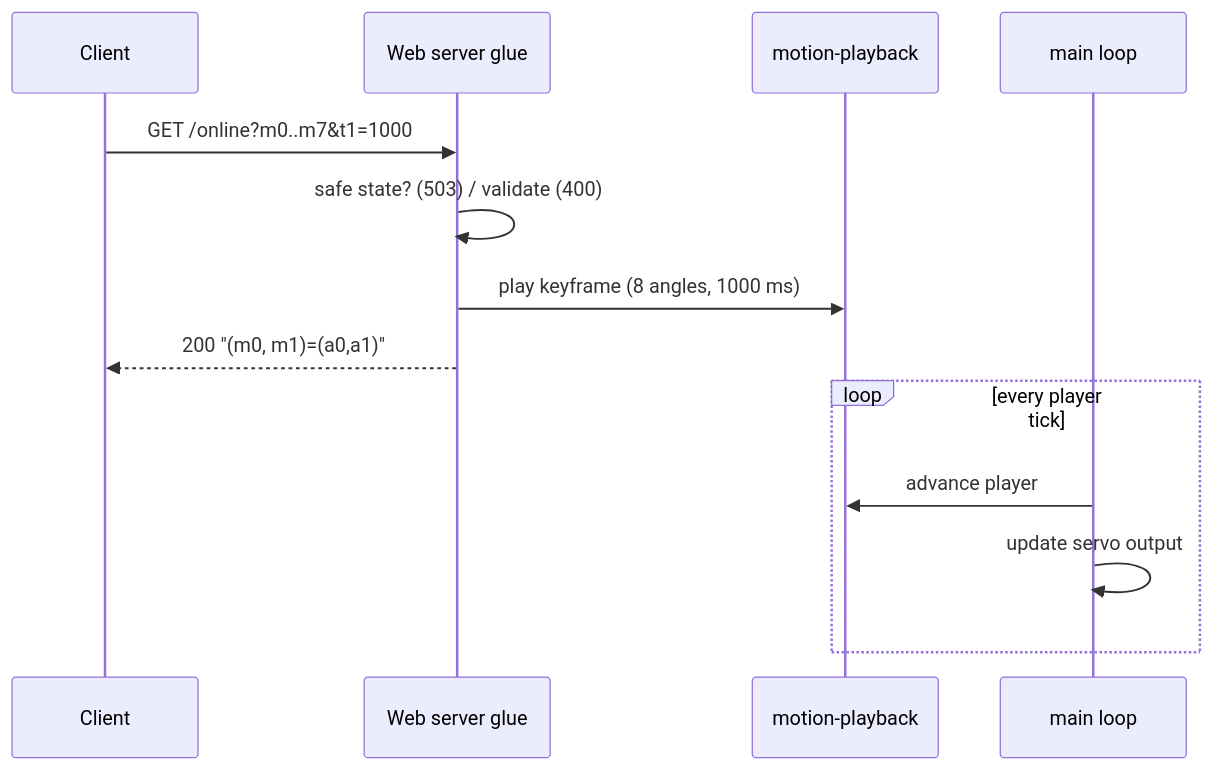
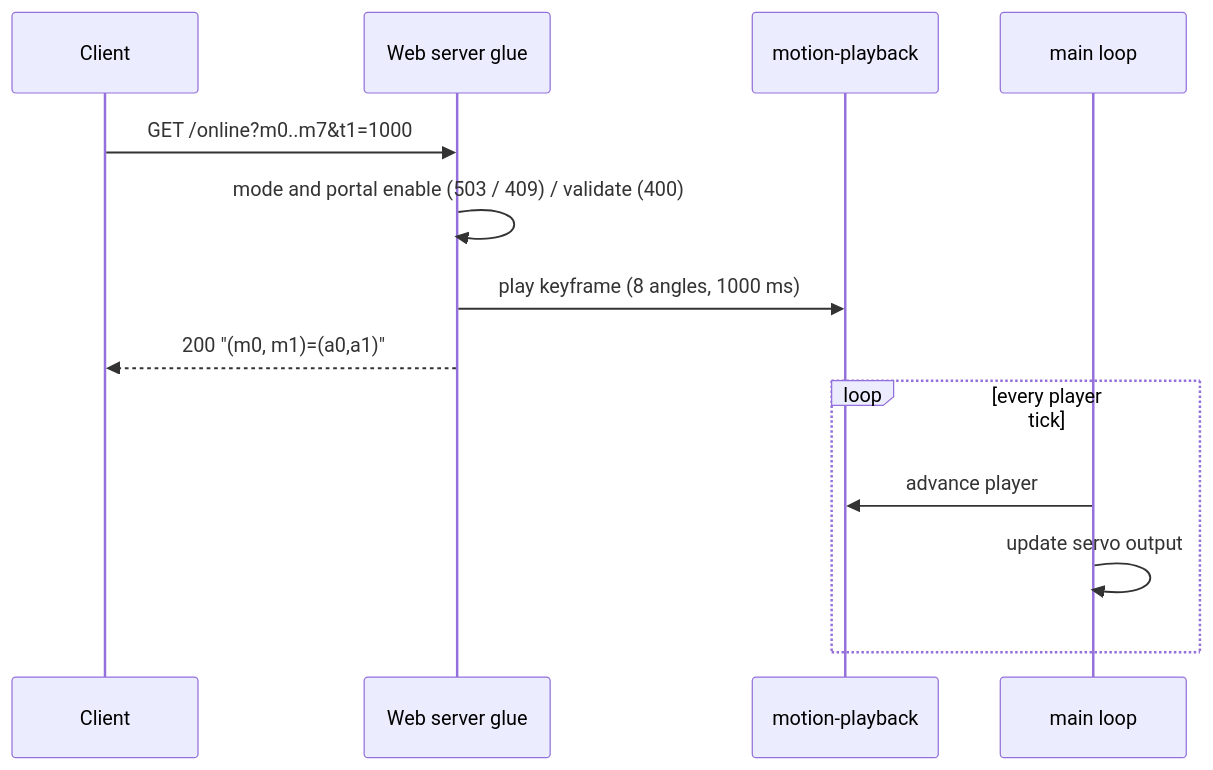
Before and after one commit to blackfyre/mini-spooder: the second of 3 diagrams in openspec/changes/web-portal/design.md, drawn with Mermaid. The commit also changed other lines of this file and 3 other files, not shown here.

First line of the commit message:
Align web-portal with the settled output-enable rule and the other changes

````diff
--- a/openspec/changes/web-portal/design.md
+++ b/openspec/changes/web-portal/design.md
@@ -104,15 +104,15 @@
 ```mermaid
 sequenceDiagram
   participant C as Client
   participant W as Web server glue
   participant P as motion-playback
   participant L as main loop
   C->>W: GET /online?m0..m7&t1=1000
-  W->>W: safe state? (503) / validate (400)
+  W->>W: mode and portal enable (503 / 409) / validate (400)
   W->>P: play keyframe (8 angles, 1000 ms)
   W-->>C: 200 "(m0, m1)=(a0,a1)"
   loop every player tick
     L->>P: advance player
     L->>L: update servo output
   end
 ```
````
